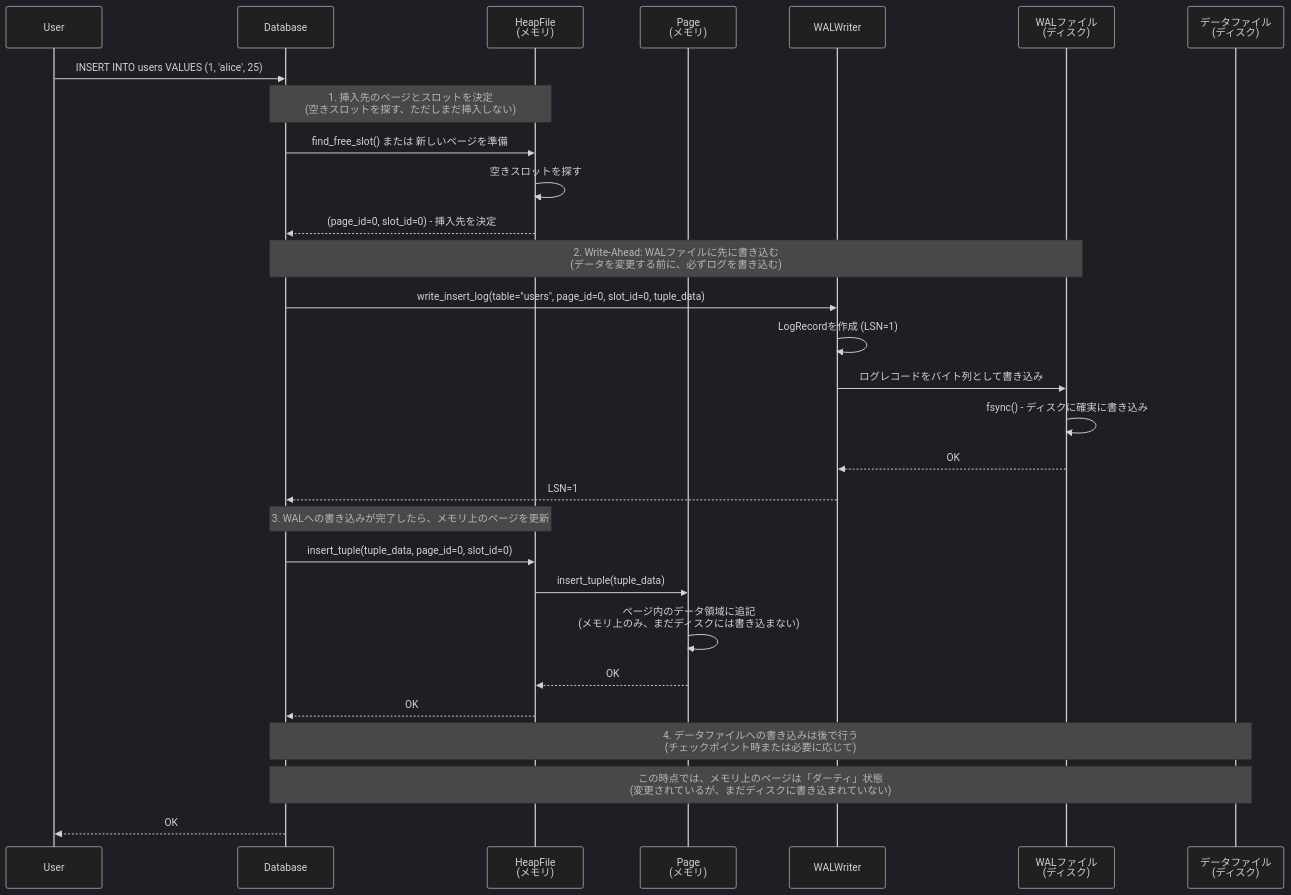
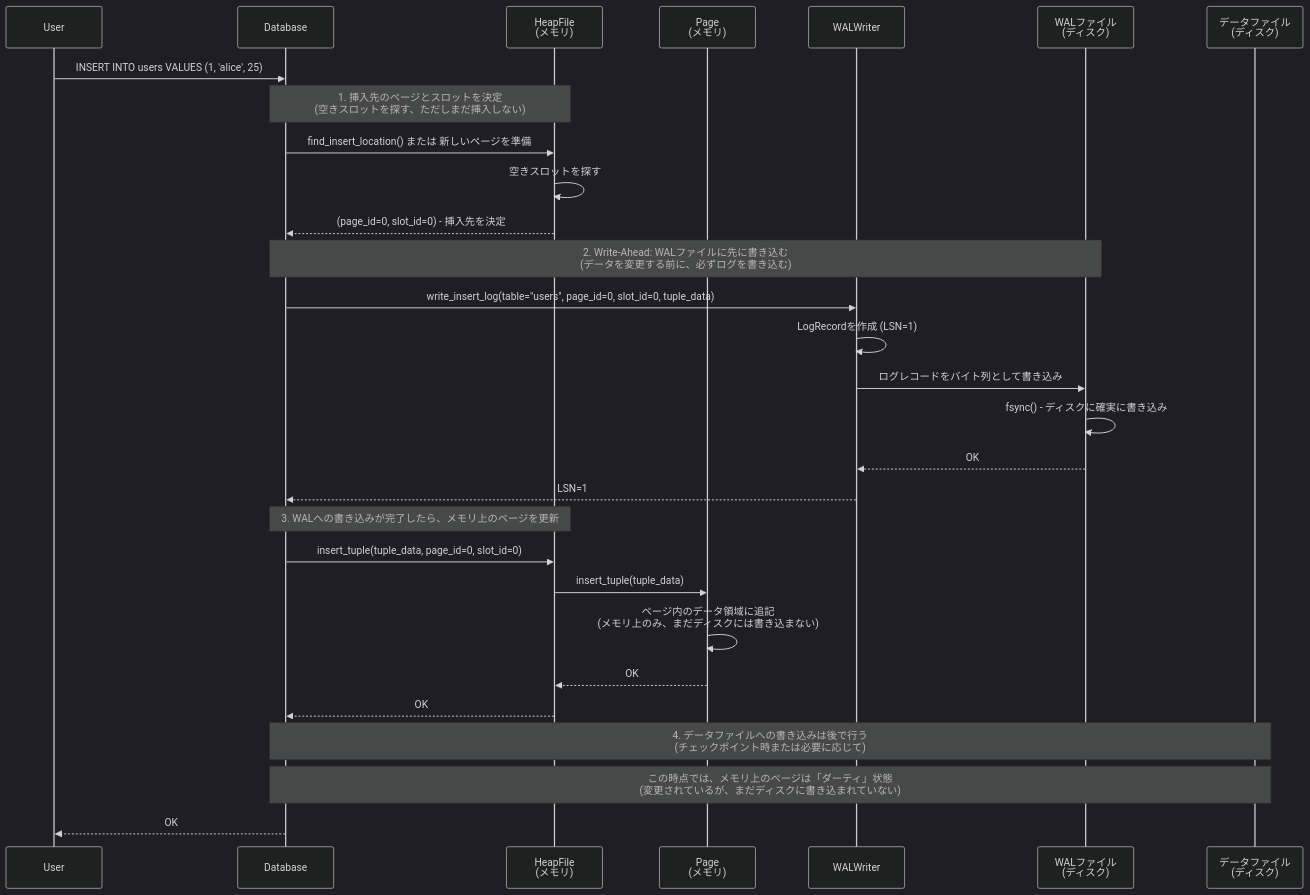
The first of 3 diagrams in database/docs/blogs/phase2-wal.md (hirotosuzuki/Senku), drawn with Mermaid (dark theme) before and after one commit.

Commit message:
ブログ記事の修正: WALのシーケンス図でメソッド名を実装に合わせて修正

````diff
--- a/database/docs/blogs/phase2-wal.md
+++ b/database/docs/blogs/phase2-wal.md
@@ -82,37 +82,37 @@
 ```mermaid
 sequenceDiagram
     participant U as User
     participant D as Database
     participant HF as HeapFile<br/>(メモリ)
     participant P as Page<br/>(メモリ)
     participant WAL as WALWriter
     participant WALFile as WALファイル<br/>(ディスク)
     participant DataFile as データファイル<br/>(ディスク)
 
     U->>D: INSERT INTO users VALUES (1, 'alice', 25)
     
     Note over D,HF: 1. 挿入先のページとスロットを決定<br/>(空きスロットを探す、ただしまだ挿入しない)
-    D->>HF: find_free_slot() または 新しいページを準備
+    D->>HF: find_insert_location() または 新しいページを準備
     HF->>HF: 空きスロットを探す
     HF-->>D: (page_id=0, slot_id=0) - 挿入先を決定
     
     Note over D,WALFile: 2. Write-Ahead: WALファイルに先に書き込む<br/>(データを変更する前に、必ずログを書き込む)
     D->>WAL: write_insert_log(table="users", page_id=0, slot_id=0, tuple_data)
     WAL->>WAL: LogRecordを作成 (LSN=1)
     WAL->>WALFile: ログレコードをバイト列として書き込み
     WALFile->>WALFile: fsync() - ディスクに確実に書き込み
     WALFile-->>WAL: OK
     WAL-->>D: LSN=1
     
     Note over D,HF: 3. WALへの書き込みが完了したら、メモリ上のページを更新
     D->>HF: insert_tuple(tuple_data, page_id=0, slot_id=0)
     HF->>P: insert_tuple(tuple_data)
     P->>P: ページ内のデータ領域に追記<br/>(メモリ上のみ、まだディスクには書き込まない)
     P-->>HF: OK
     HF-->>D: OK
     
     Note over D,DataFile: 4. データファイルへの書き込みは後で行う<br/>(チェックポイント時または必要に応じて)
     Note over D,DataFile: この時点では、メモリ上のページは「ダーティ」状態<br/>(変更されているが、まだディスクに書き込まれていない)
     
     D-->>U: OK
 ```
````
